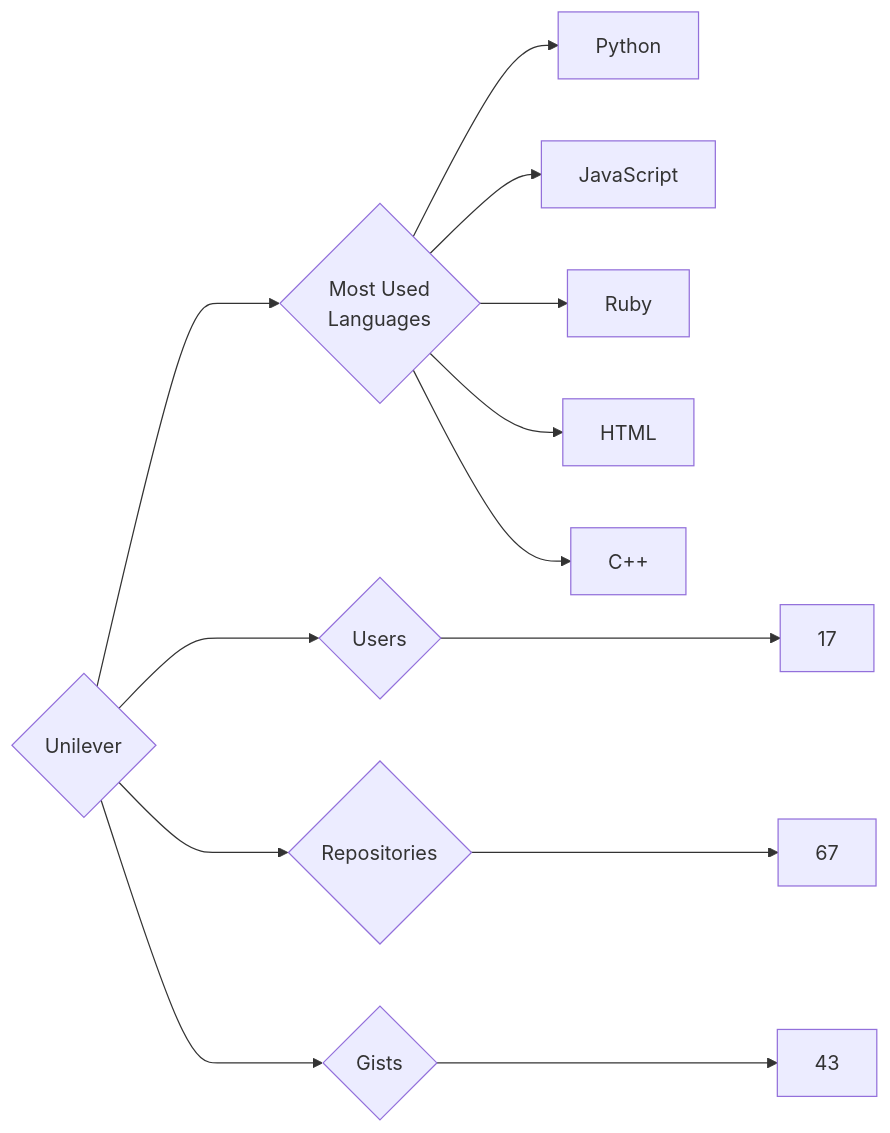
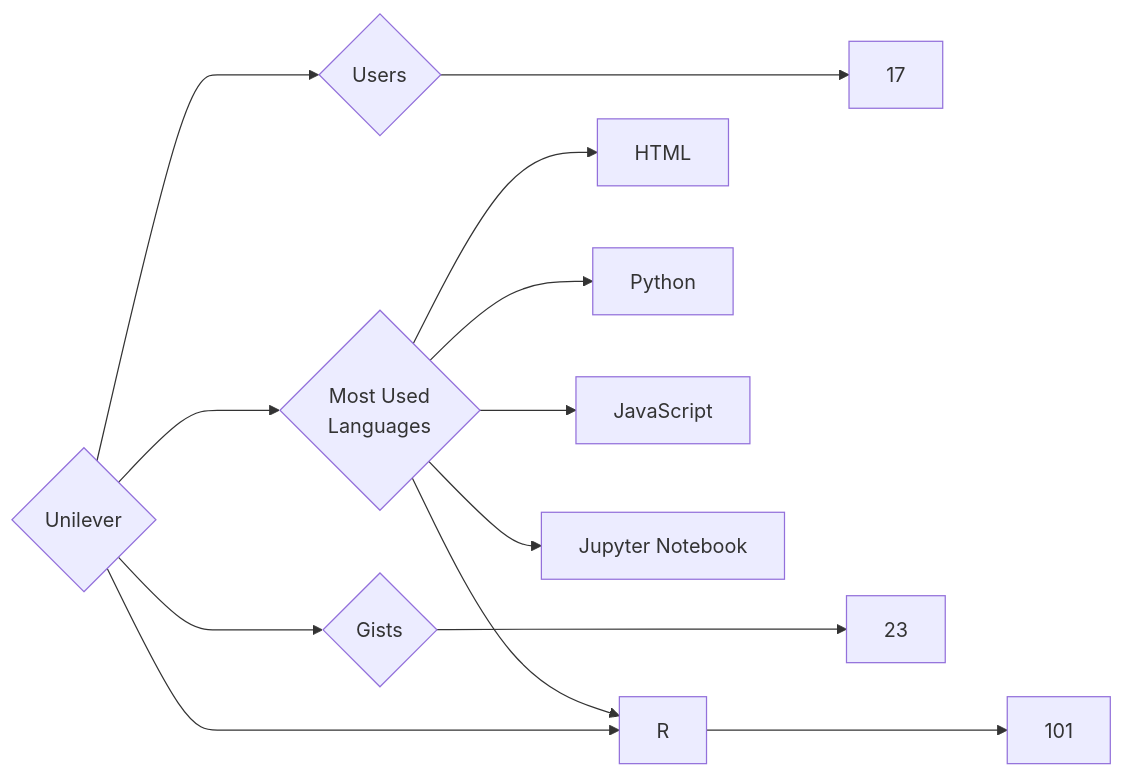
The diagram in targets/Unilever/README.md (trickest/insiders), drawn with Mermaid before and after one commit. The commit also changed 870 other files, not shown here.

````diff
--- a/targets/Unilever/README.md
+++ b/targets/Unilever/README.md
@@ -3,13 +3,13 @@
 ```mermaid
 graph LR
 COMPANY_NAME{Unilever}
 COMPANY_NAME ---> U{Users} ---> UN[17]
-COMPANY_NAME ---> R{Repositories} ---> RN[67]
-COMPANY_NAME ---> G{Gists} ---> GN[43]
+COMPANY_NAME ---> R{Repositories} ---> RN[101]
+COMPANY_NAME ---> G{Gists} ---> GN[23]
 COMPANY_NAME ---> ML{Most Used<br>Languages}
+ML --> HTML[HTML]
 ML --> Python[Python]
 ML --> JavaScript[JavaScript]
-ML --> Ruby[Ruby]
-ML --> HTML[HTML]
-ML --> C++[C++]
+ML --> Jupyter_Notebook[Jupyter Notebook]
+ML --> R[R]
 ```
````
